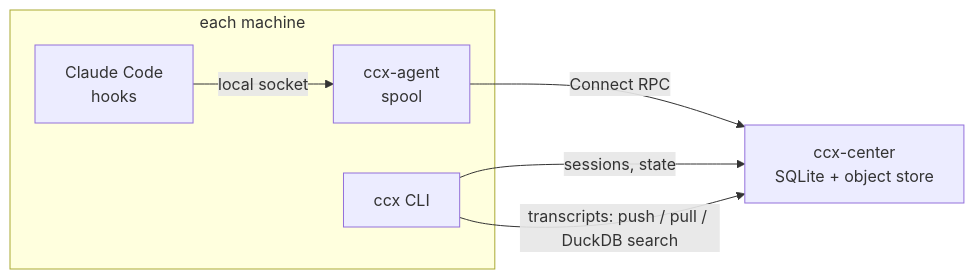
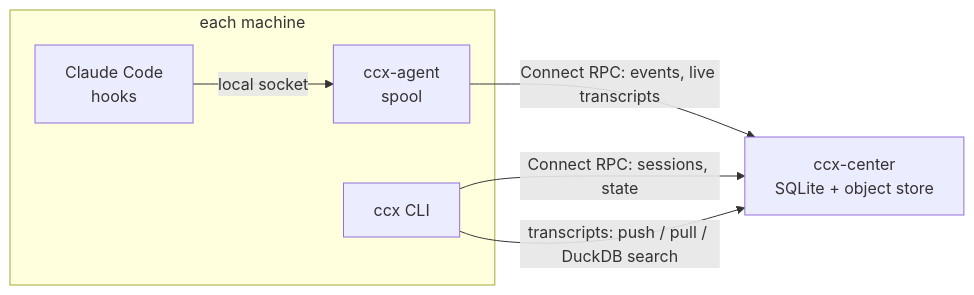
The diagram in README.md (TakashiAihara/ccx), drawn with Mermaid before and after one commit. The commit also changed other lines of this file, not shown here.

First line of the commit message:
docs(readme): show the live transcript path, the CLI's Connect use and what an rc means

````diff
--- a/README.md
+++ b/README.md
@@ -44,10 +42,10 @@
 ```mermaid
 flowchart LR
     subgraph machine["each machine"]
         CC["Claude Code<br/>hooks"] -->|local socket| A["ccx-agent<br/>spool"]
         CLI["ccx CLI"]
     end
-    A -->|Connect RPC| C["ccx-center<br/>SQLite + object store"]
-    CLI -->|sessions, state| C
+    A -->|"Connect RPC: events, live transcripts"| C["ccx-center<br/>SQLite + object store"]
+    CLI -->|"Connect RPC: sessions, state"| C
     CLI -->|transcripts: push / pull / DuckDB search| C
 ```
````
